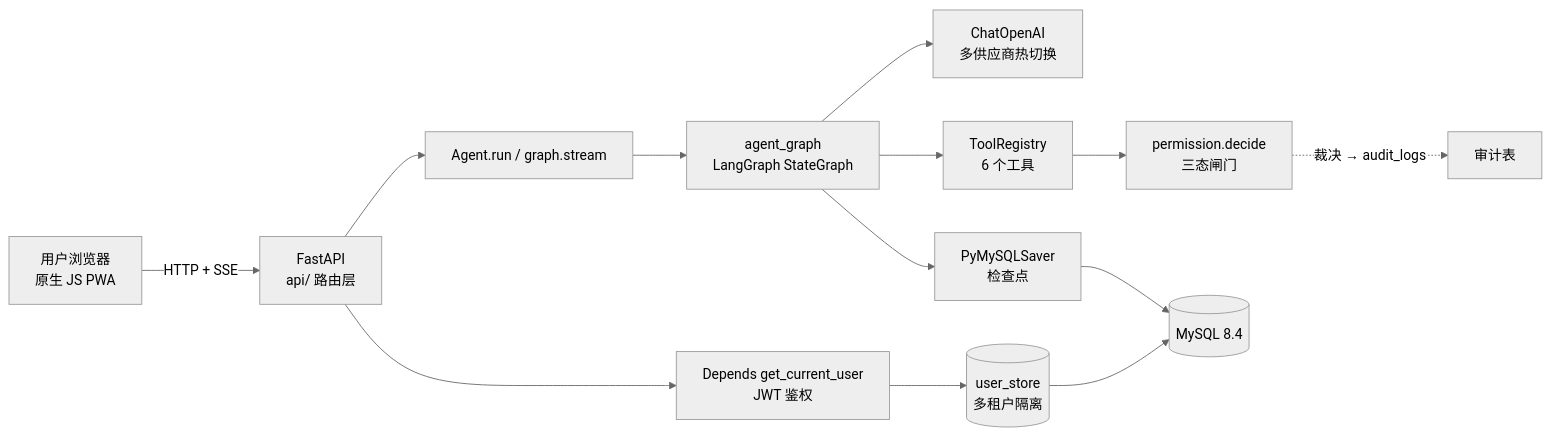
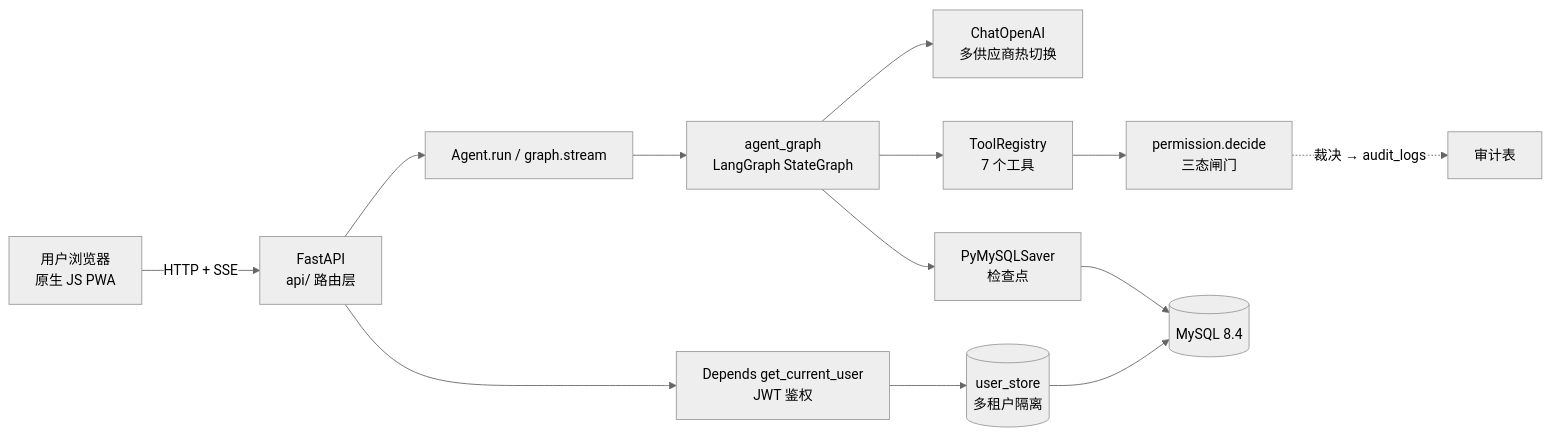
The diagram in README.md (canlingfeng/agent-platform), drawn with Mermaid (neutral theme) before and after one commit. The commit also changed other lines of this file and 7 other files, not shown here.

````diff
--- a/README.md
+++ b/README.md
@@ -57,15 +63,15 @@
 ```mermaid
 flowchart LR
     U[用户浏览器<br/>原生 JS PWA] -->|HTTP + SSE| API[FastAPI<br/>api/ 路由层]
     API --> AUTH[Depends get_current_user<br/>JWT 鉴权]
     API --> AG[Agent.run / graph.stream]
     AG --> PG[agent_graph<br/>LangGraph StateGraph]
     PG --> LLM[ChatOpenAI<br/>多供应商热切换]
-    PG --> TOOLS[ToolRegistry<br/>6 个工具]
+    PG --> TOOLS[ToolRegistry<br/>7 个工具]
     TOOLS --> PERM[permission.decide<br/>三态闸门]
     PG --> CP[PyMySQLSaver<br/>检查点]
     AUTH --> US[(user_store<br/>多租户隔离)]
     CP --> DB[(MySQL 8.4)]
     US --> DB
     PERM -. 裁决 → audit_logs .-> AL[审计表]
 ```
````
